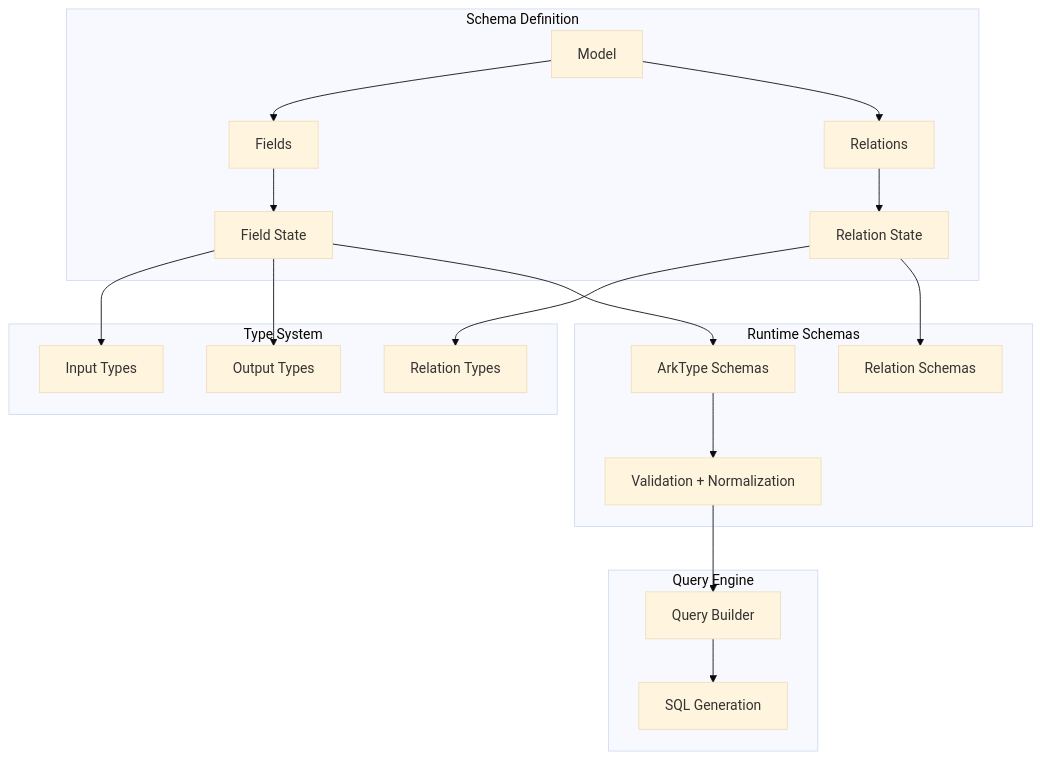
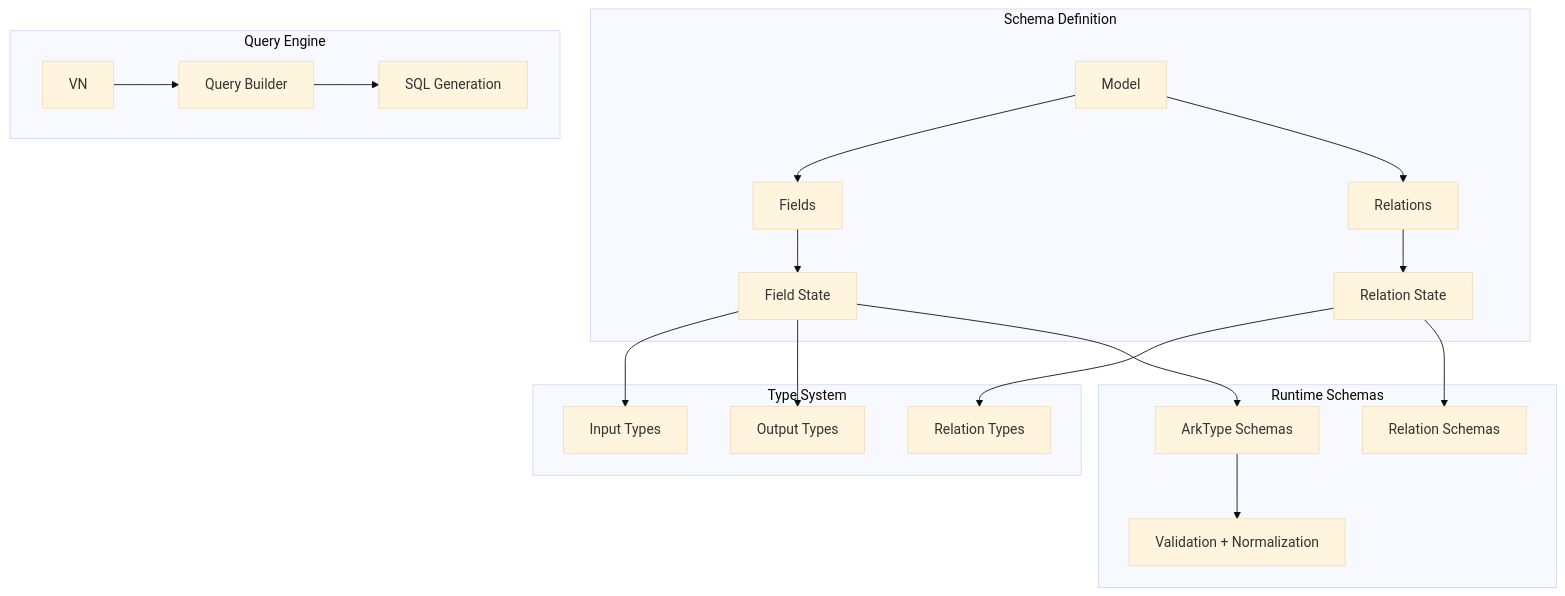
Before and after one commit to beynar/viborm: the diagram in docs/content/docs/internals/index.mdx, drawn with Mermaid (base theme). The commit also changed other lines of this file and 38 other files, not shown here.

````diff
--- a/docs/content/docs/internals/index.mdx
+++ b/docs/content/docs/internals/index.mdx
@@ -65,26 +65,26 @@
 ```mermaid
 graph TB
     subgraph "Schema Definition"
         M[Model] --> F[Fields]
         M --> R[Relations]
         F --> FS[Field State]
         R --> RS[Relation State]
     end
 
     subgraph "Type System"
         FS --> IT[Input Types]
         FS --> OT[Output Types]
         RS --> RT[Relation Types]
     end
 
     subgraph "Runtime Schemas"
         FS --> AS[ArkType Schemas]
         RS --> ARS[Relation Schemas]
         AS --> VS[Validation + Normalization]
     end
 
     subgraph "Query Engine"
-        VS --> QE[Query Builder]
+        VN --> QE[Query Builder]
         QE --> SQL[SQL Generation]
     end
 ```
````
